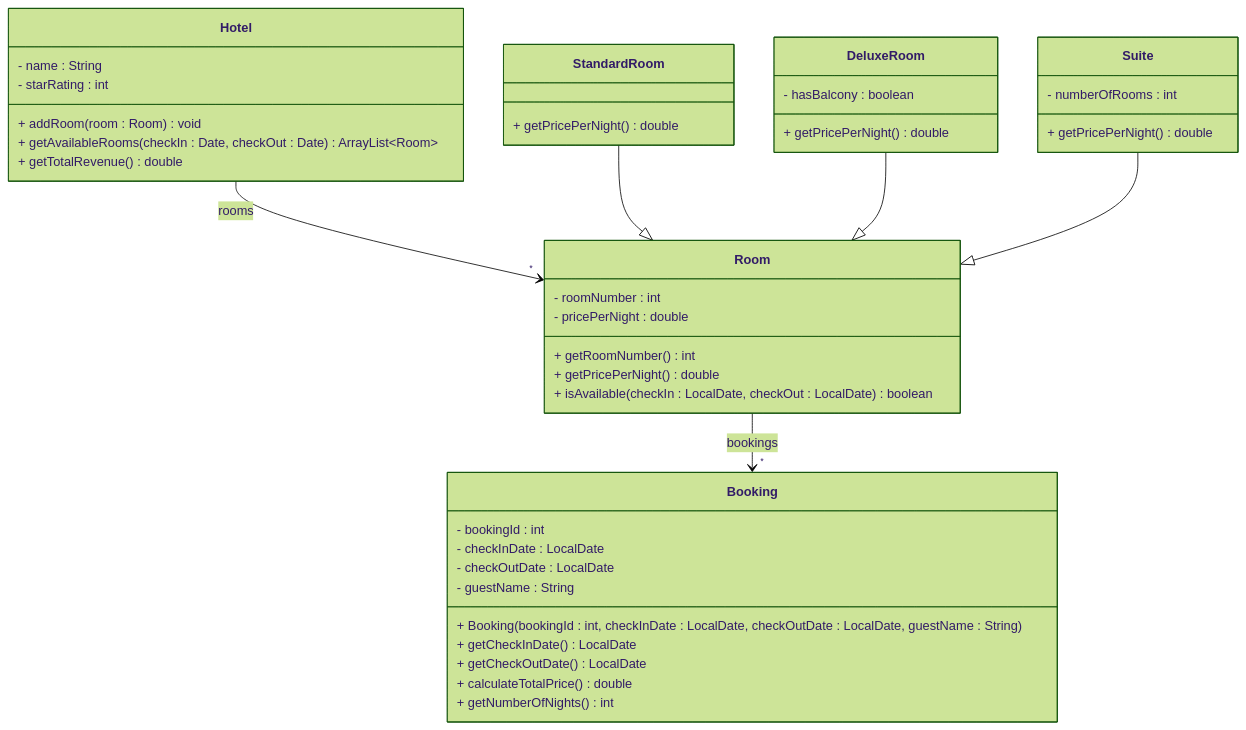
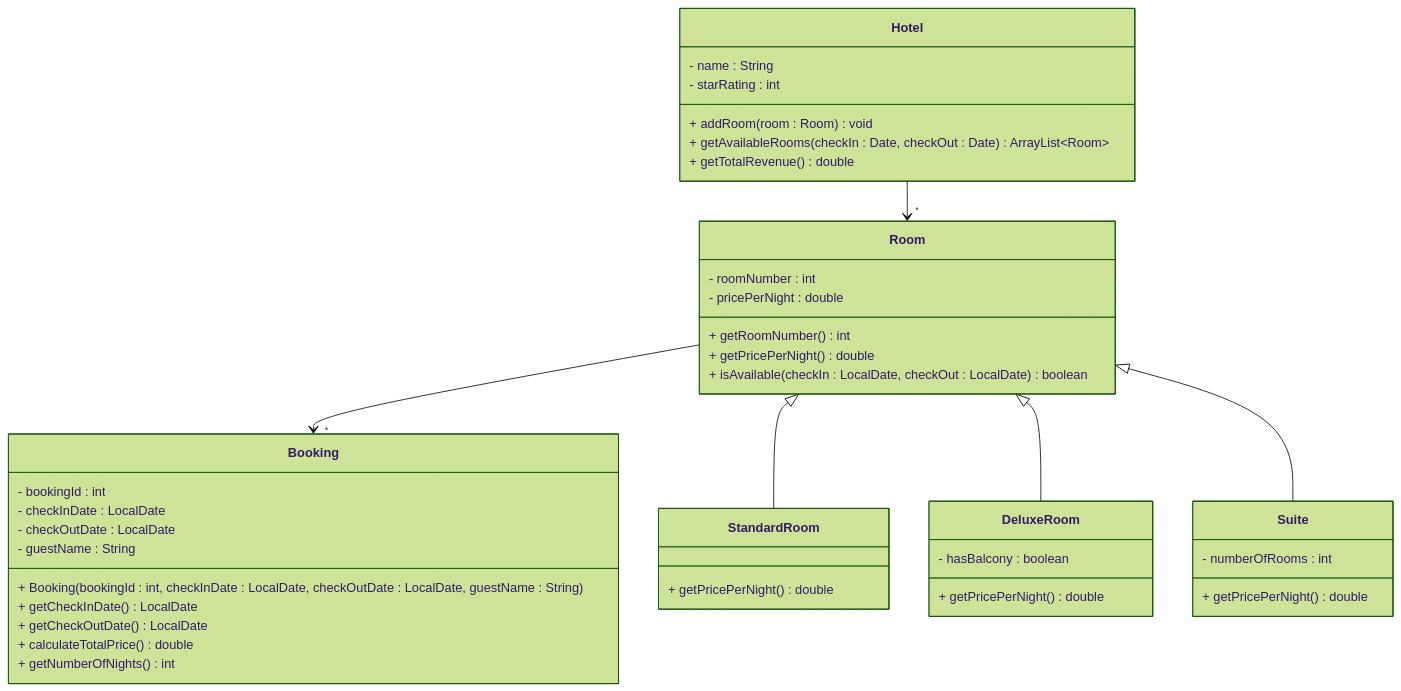
The diagram in Articles/Session 24 - Exam/009 Exercise 8 - Hotel Booking.md (TroelsMortensen/Codelabs2), drawn with Mermaid (forest theme) before and after one commit. The commit also changed 4 other files, not shown here.

````diff
--- a/Articles/Session 24 - Exam/009 Exercise 8 - Hotel Booking.md
+++ b/Articles/Session 24 - Exam/009 Exercise 8 - Hotel Booking.md
@@ -5,50 +5,50 @@
 ```mermaid
 classDiagram
     class Hotel {
         - name : String
         - starRating : int
         + addRoom(room : Room) void
         + getAvailableRooms(checkIn : Date, checkOut : Date) ArrayList~Room~
         + getTotalRevenue() double
     }
     
     class Room {
         - roomNumber : int
         - pricePerNight : double
         + getRoomNumber() int
         + getPricePerNight() double
         + isAvailable(checkIn : LocalDate, checkOut : LocalDate) boolean
     }
     
     class Booking {
         - bookingId : int
         - checkInDate : LocalDate
         - checkOutDate : LocalDate
         - guestName : String
         + Booking(bookingId : int, checkInDate : LocalDate, checkOutDate : LocalDate, guestName : String)
         + getCheckInDate() LocalDate
         + getCheckOutDate() LocalDate
         + calculateTotalPrice() double
         + getNumberOfNights() int
     }
     
     class StandardRoom {
         + getPricePerNight() double
     }
     
     class DeluxeRoom {
         - hasBalcony : boolean
         + getPricePerNight() double
     }
     
     class Suite {
         - numberOfRooms : int
         + getPricePerNight() double
     }
     
-    Hotel --> "*" Room : rooms
-    Room --> "*" Booking : bookings
-    StandardRoom --|> Room
-    DeluxeRoom --|> Room
-    Suite --|> Room
+    Hotel --> "*" Room 
+    Room --> "*" Booking
+    Room <|-- StandardRoom
+    Room <|-- DeluxeRoom
+    Room <|-- Suite
 ```
````
